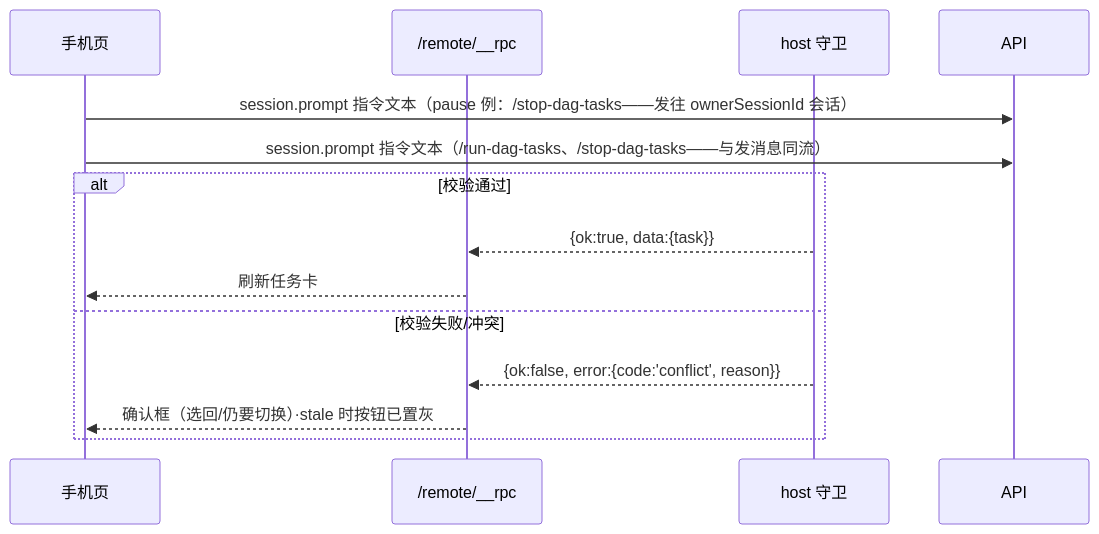
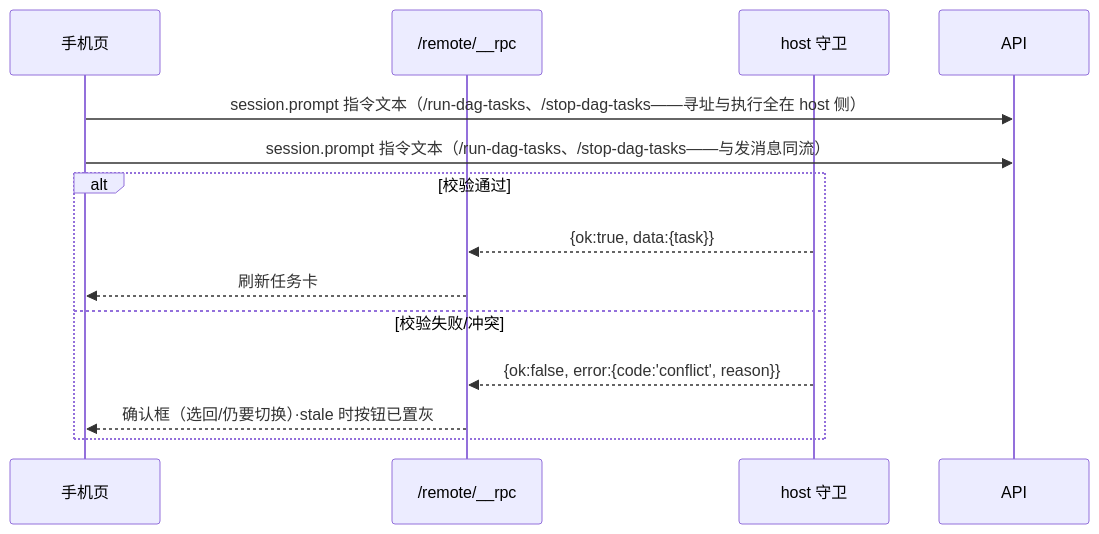
Before and after one commit to bigfaner/dsh-forge: the tenth of 10 diagrams in .forge/docs/features/mobile-ui/design/tech-design.md, drawn with Mermaid. The commit also changed other lines of this file and 1 other file, not shown here.

First line of the commit message:
docs(feature): loops 薄方法撤销——指令寻址也归 host 侧，移动端零逻辑

````diff
--- a/.forge/docs/features/mobile-ui/design/tech-design.md
+++ b/.forge/docs/features/mobile-ui/design/tech-design.md
@@ -295,15 +295,15 @@
 ```mermaid
 sequenceDiagram
     participant P as 手机页
     participant RPC as /remote/__rpc
     participant H as host 守卫
-    P->>API: session.prompt 指令文本（pause 例：/stop-dag-tasks——发往 ownerSessionId 会话）
+    P->>API: session.prompt 指令文本（/run-dag-tasks、/stop-dag-tasks——寻址与执行全在 host 侧）
     P->>API: session.prompt 指令文本（/run-dag-tasks、/stop-dag-tasks——与发消息同流）
     alt 校验通过
         H-->>RPC: {ok:true, data:{task}}
         RPC-->>P: 刷新任务卡
     else 校验失败/冲突
         H-->>RPC: {ok:false, error:{code:'conflict', reason}}
         RPC-->>P: 确认框（选回/仍要切换）·stale 时按钮已置灰
     end
 ```
````
